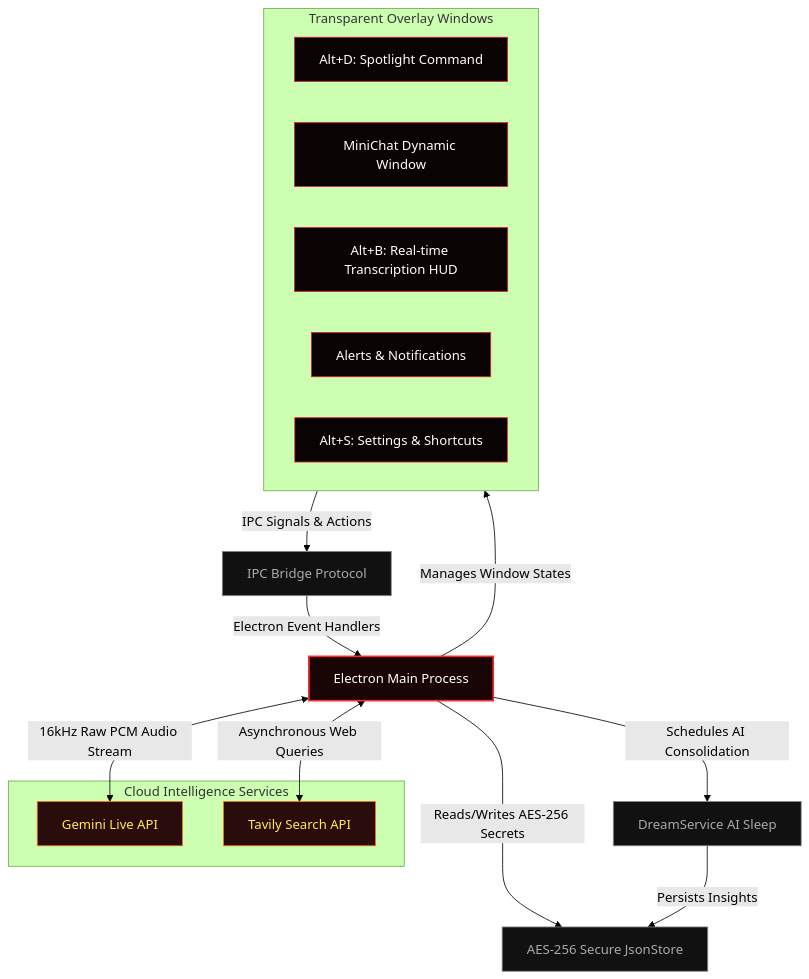
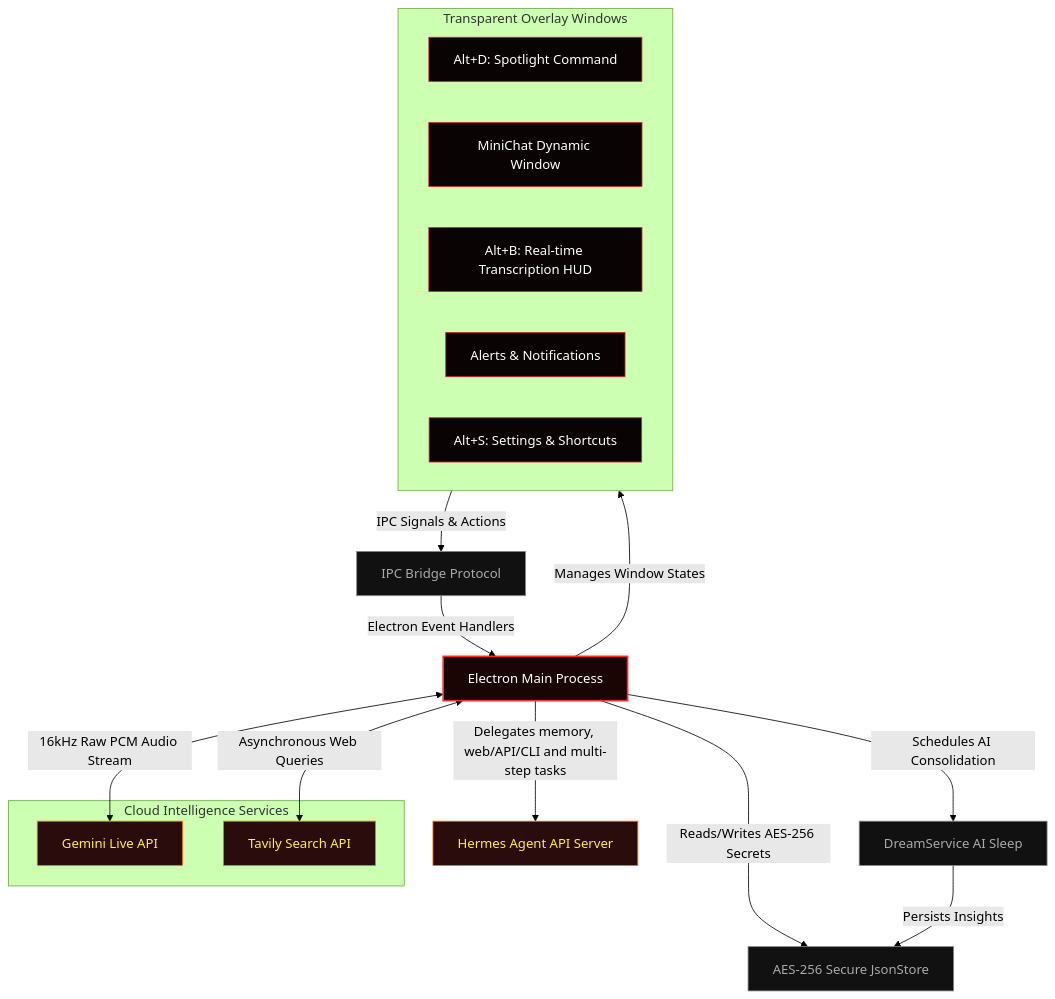
Before and after one commit to fbsis/hades-agent: the diagram in README.md, drawn with Mermaid (forest theme). The commit also changed other lines of this file and 20 other files, not shown here.

Commit message:
feat(hermes): add agent integration settings

````diff
--- a/README.md
+++ b/README.md
@@ -129,36 +158,38 @@
 ```mermaid
 graph TD
     classDef main fill:#1a0505,stroke:#ff2a2a,stroke-width:2px,color:#fff;
     classDef float fill:#0a0303,stroke:#dc2626,stroke-width:1px,color:#fff;
     classDef service fill:#111,stroke:#888,stroke-width:1px,color:#aaa;
     classDef external fill:#2b0c0c,stroke:#f97316,stroke-width:1px,color:#ffed4a;
 
     Main[Electron Main Process]:::main
     
     subgraph UI_Layers [Transparent Overlay Windows]
         CommandBar[Alt+D: Spotlight Command]:::float
         MiniChat[MiniChat Dynamic Window]:::float
         Susurro[Alt+B: Real-time Transcription HUD]:::float
         Notification[Alerts & Notifications]:::float
         Settings[Alt+S: Settings & Shortcuts]:::float
     end
     
     SSoT[IPC Bridge Protocol]:::service
     Store[AES-256 Secure JsonStore]:::service
     Dream[DreamService AI Sleep]:::service
+    Hermes[Hermes Agent API Server]:::external
     
     subgraph Cloud_APIs [Cloud Intelligence Services]
         Gemini[Gemini Live API]:::external
         Tavily[Tavily Search API]:::external
     end
 
     Main -->|Manages Window States| UI_Layers
     UI_Layers -->|IPC Signals & Actions| SSoT
     SSoT -->|Electron Event Handlers| Main
     Main -->|Reads/Writes AES-256 Secrets| Store
     Main -->|Schedules AI Consolidation| Dream
     Dream -->|Persists Insights| Store
+    Main -->|Delegates memory, web/API/CLI and multi-step tasks| Hermes
     
     Main <-->|16kHz Raw PCM Audio Stream| Gemini
     Main <-->|Asynchronous Web Queries| Tavily
 ```
````
